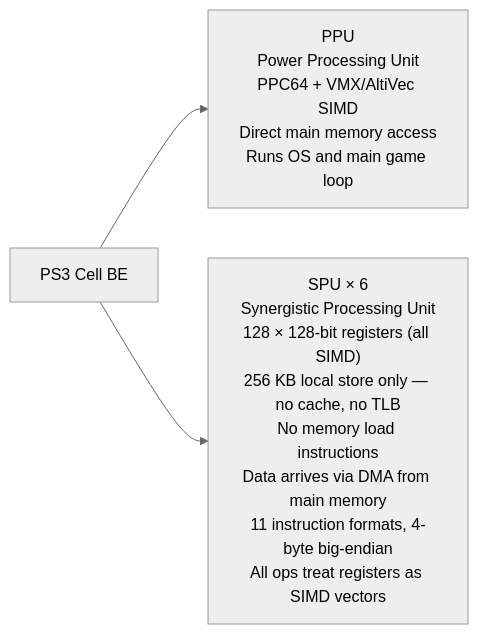
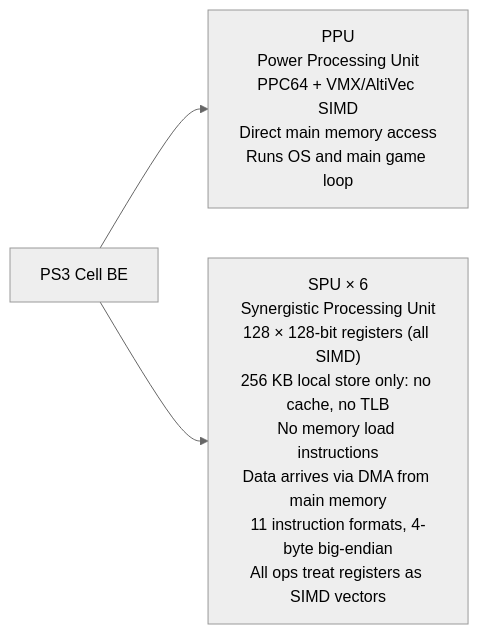
The second of 2 diagrams in docs/module-reference/game-re.md (Ablation-Tool/ablation), drawn with Mermaid (neutral theme) before and after one commit. The commit also changed 53 other files, not shown here.

````diff
--- a/docs/module-reference/game-re.md
+++ b/docs/module-reference/game-re.md
@@ -102,6 +102,6 @@
 ```mermaid
 flowchart LR
     A["PS3 Cell BE"] --> B["PPU\nPower Processing Unit\nPPC64 + VMX/AltiVec SIMD\nDirect main memory access\nRuns OS and main game loop"]
 
-    A --> C["SPU × 6\nSynergistic Processing Unit\n128 × 128-bit registers (all SIMD)\n256 KB local store only — no cache, no TLB\nNo memory load instructions\nData arrives via DMA from main memory\n11 instruction formats, 4-byte big-endian\nAll ops treat registers as SIMD vectors"]
+    A --> C["SPU × 6\nSynergistic Processing Unit\n128 × 128-bit registers (all SIMD)\n256 KB local store only: no cache, no TLB\nNo memory load instructions\nData arrives via DMA from main memory\n11 instruction formats, 4-byte big-endian\nAll ops treat registers as SIMD vectors"]
 ```
````
